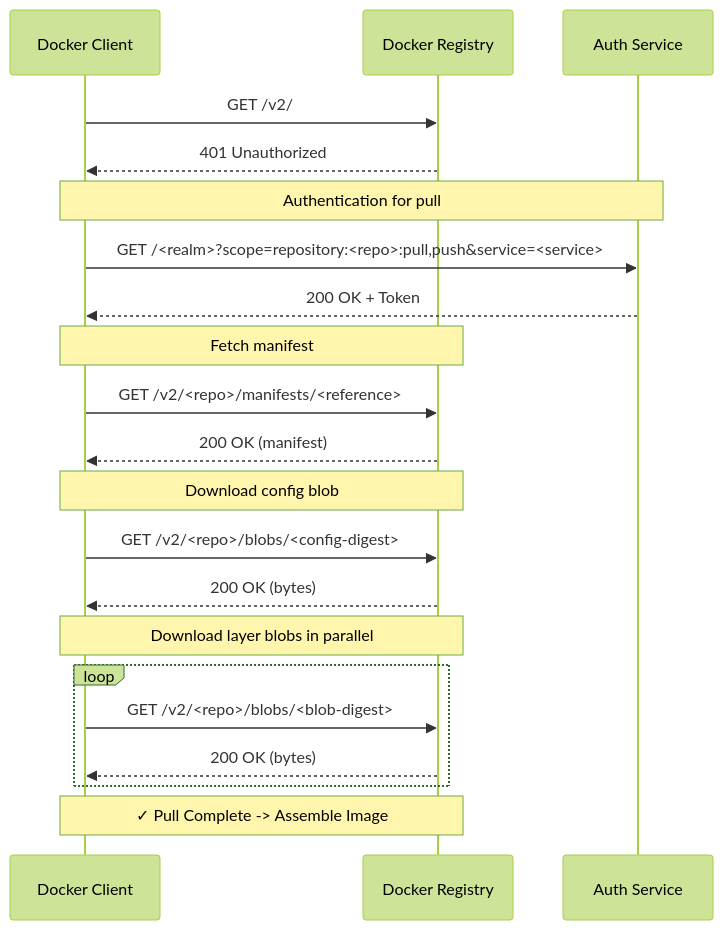
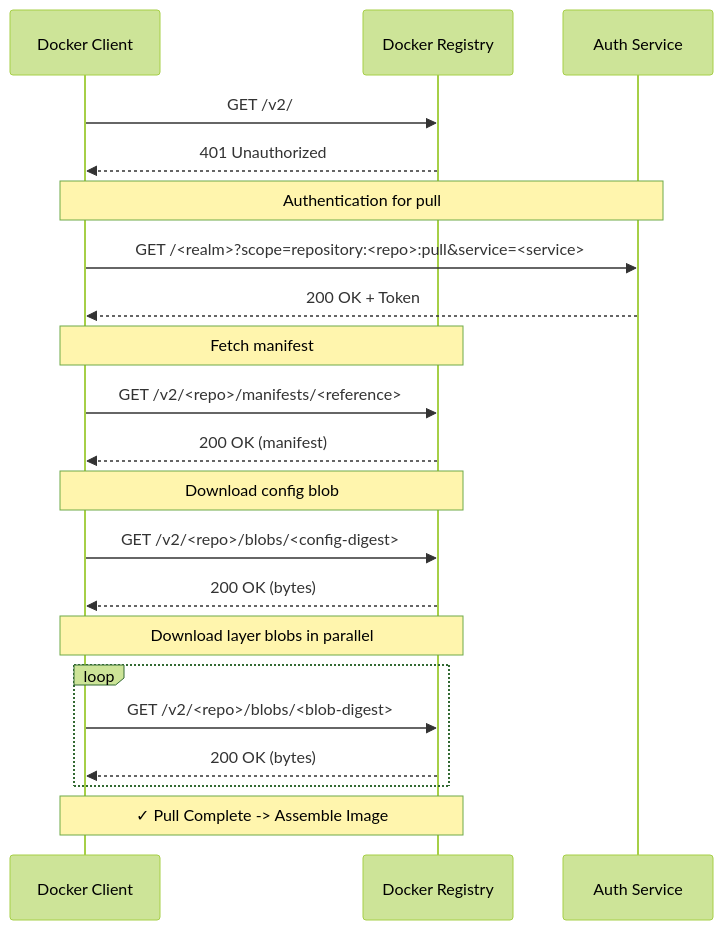
Before and after one commit to cmdjulian/kirc: the diagram in docs/download-graph.md, drawn with Mermaid (forest theme). The commit also changed 9 other files, not shown here.

````diff
--- a/docs/download-graph.md
+++ b/docs/download-graph.md
@@ -5,23 +5,23 @@
 ```mermaid
 sequenceDiagram
     participant Client as Docker Client
     participant Registry as Docker Registry
     participant Auth as Auth Service
     Client ->> Registry: GET /v2/
     Registry -->> Client: 401 Unauthorized
     Note over Client, Auth: Authentication for pull
-    Client ->> Auth: GET /<realm>?scope=repository:<repo>:pull,push&service=<service>
+    Client ->> Auth: GET /<realm>?scope=repository:<repo>:pull&service=<service>
     Auth -->> Client: 200 OK + Token
     Note over Client, Registry: Fetch manifest
     Client ->> Registry: GET /v2/<repo>/manifests/<reference>
     Registry -->> Client: 200 OK (manifest)
     Note over Client, Registry: Download config blob
     Client ->> Registry: GET /v2/<repo>/blobs/<config-digest>
     Registry -->> Client: 200 OK (bytes)
     Note over Client, Registry: Download layer blobs in parallel
     loop
         Client ->> Registry: GET /v2/<repo>/blobs/<blob-digest>
         Registry -->> Client: 200 OK (bytes)
     end
     Note over Client, Registry: ✓ Pull Complete -> Assemble Image
 ```
````
